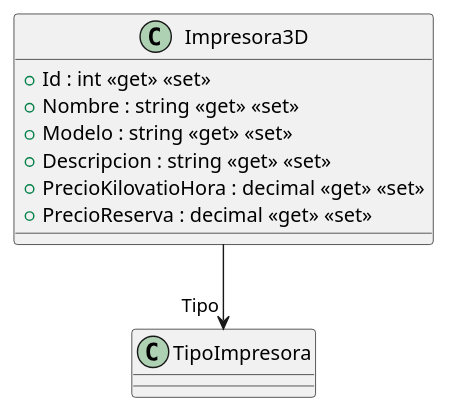
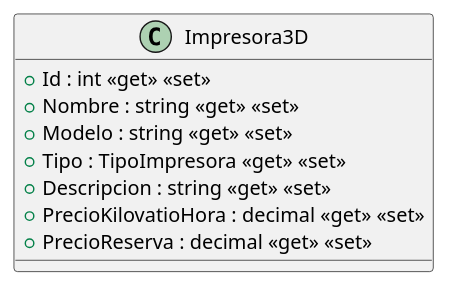
The diagram in src/AppForSEII.API/ClassDiagram/Impresora3D.puml (MiguelAngelBallesteros/ISII2627Print3D), drawn with PlantUML before and after one commit. The commit also changed 7 other files, not shown here.

```diff
--- a/src/AppForSEII.API/ClassDiagram/Impresora3D.puml
+++ b/src/AppForSEII.API/ClassDiagram/Impresora3D.puml
@@ -1,11 +1,11 @@
 @startuml
 class Impresora3D {
     + Id : int <<get>> <<set>>
     + Nombre : string <<get>> <<set>>
     + Modelo : string <<get>> <<set>>
+    + Tipo : TipoImpresora <<get>> <<set>>
     + Descripcion : string <<get>> <<set>>
     + PrecioKilovatioHora : decimal <<get>> <<set>>
     + PrecioReserva : decimal <<get>> <<set>>
 }
-Impresora3D --> "Tipo" TipoImpresora
 @enduml
```
